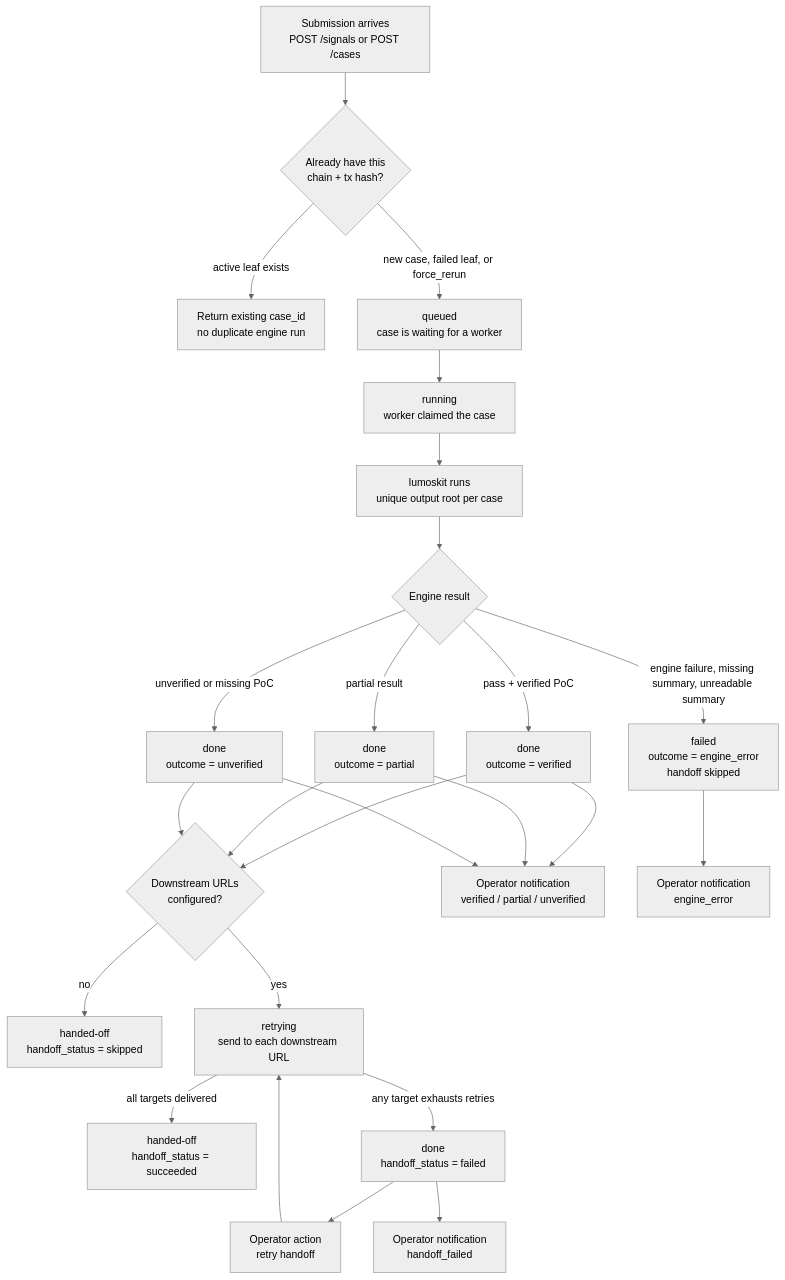
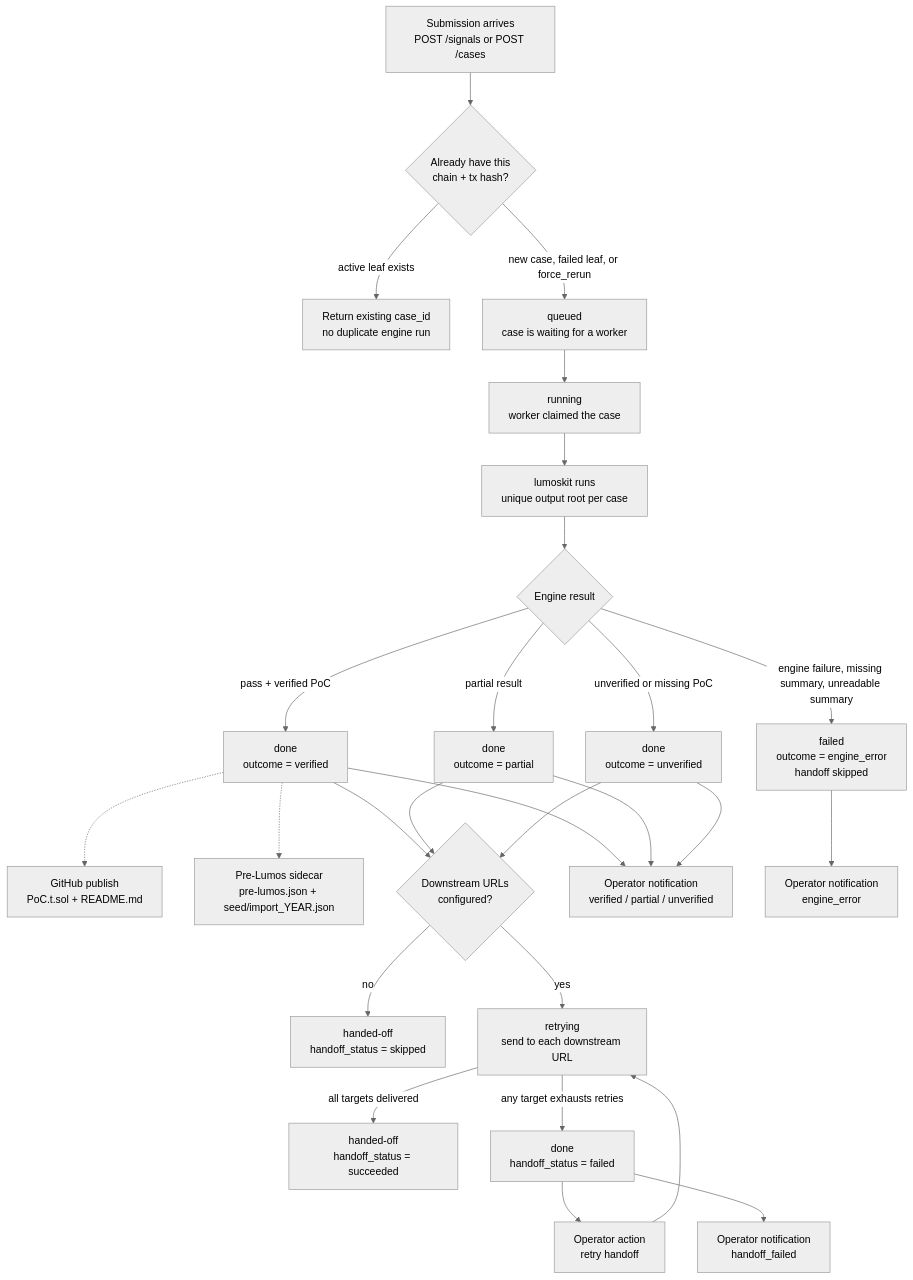
Before and after one commit to BackwardLabs/Backlight: the second of 2 diagrams in docs/architecture/overview.md, drawn with Mermaid (neutral theme). The commit also changed other lines of this file and 24 other files, not shown here.

````diff
--- a/docs/architecture/overview.md
+++ b/docs/architecture/overview.md
@@ -60,50 +70,54 @@
 ```mermaid
 flowchart TD
     submit["Submission arrives<br/>POST /signals or POST /cases"]
     dedup{"Already have this<br/>chain + tx hash?"}
     existing["Return existing case_id<br/>no duplicate engine run"]
     queued["queued<br/>case is waiting for a worker"]
     running["running<br/>worker claimed the case"]
     engine["lumoskit runs<br/>unique output root per case"]
     result{"Engine result"}
     verified["done<br/>outcome = verified"]
     partial["done<br/>outcome = partial"]
     unverified["done<br/>outcome = unverified"]
     engine_error["failed<br/>outcome = engine_error<br/>handoff skipped"]
+    github_publish["GitHub publish<br/>PoC.t.sol + README.md"]
+    prelumos_json["Pre-Lumos sidecar<br/>pre-lumos.json + seed/import_YEAR.json"]
     downstream_config{"Downstream URLs<br/>configured?"}
     skipped["handed-off<br/>handoff_status = skipped"]
     fanout["retrying<br/>send to each downstream URL"]
     delivered["handed-off<br/>handoff_status = succeeded"]
     handoff_failed["done<br/>handoff_status = failed"]
     retry["Operator action<br/>retry handoff"]
     notify_outcome["Operator notification<br/>verified / partial / unverified"]
     notify_engine["Operator notification<br/>engine_error"]
     notify_handoff["Operator notification<br/>handoff_failed"]
 
     submit --> dedup
     dedup -->|"active leaf exists"| existing
     dedup -->|"new case, failed leaf, or force_rerun"| queued
     queued --> running
     running --> engine
     engine --> result
     result -->|"pass + verified PoC"| verified
     result -->|"partial result"| partial
     result -->|"unverified or missing PoC"| unverified
     result -->|"engine failure, missing summary, unreadable summary"| engine_error
 
+    verified -.-> github_publish
+    verified -.-> prelumos_json
     verified --> downstream_config
     partial --> downstream_config
     unverified --> downstream_config
     downstream_config -->|"no"| skipped
     downstream_config -->|"yes"| fanout
     fanout -->|"all targets delivered"| delivered
     fanout -->|"any target exhausts retries"| handoff_failed
     handoff_failed --> retry
     retry --> fanout
 
     verified --> notify_outcome
     partial --> notify_outcome
     unverified --> notify_outcome
     engine_error --> notify_engine
     handoff_failed --> notify_handoff
 ```
````
